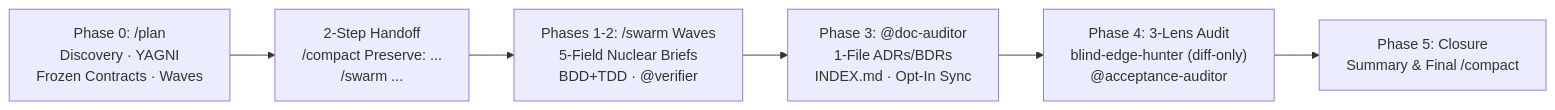
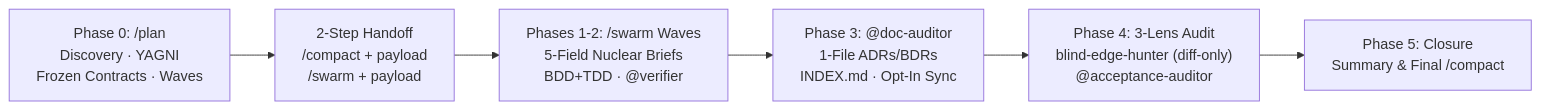
One commit to magalz/ignis-swarm changed the diagram in README.md. Above: the diagram before and after it, drawn with Mermaid. The commit also changed other lines of this file and 21 other files, not shown here.

````diff
--- a/README.md
+++ b/README.md
@@ -125,11 +127,11 @@
 ```mermaid
 flowchart LR
     P0["Phase 0: /plan\nDiscovery · YAGNI\nFrozen Contracts · Waves"]
-    HO["2-Step Handoff\n/compact Preserve: ...\n/swarm ..."]
+    HO["2-Step Handoff\n/compact + payload\n/swarm + payload"]
     P12["Phases 1-2: /swarm Waves\n5-Field Nuclear Briefs\nBDD+TDD · @verifier"]
     P3["Phase 3: @doc-auditor\n1-File ADRs/BDRs\nINDEX.md · Opt-In Sync"]
     P4["Phase 4: 3-Lens Audit\nblind-edge-hunter (diff-only)\n@acceptance-auditor"]
     P5["Phase 5: Closure\nSummary & Final /compact"]
 
     P0 --> HO --> P12 --> P3 --> P4 --> P5
 ```
````
